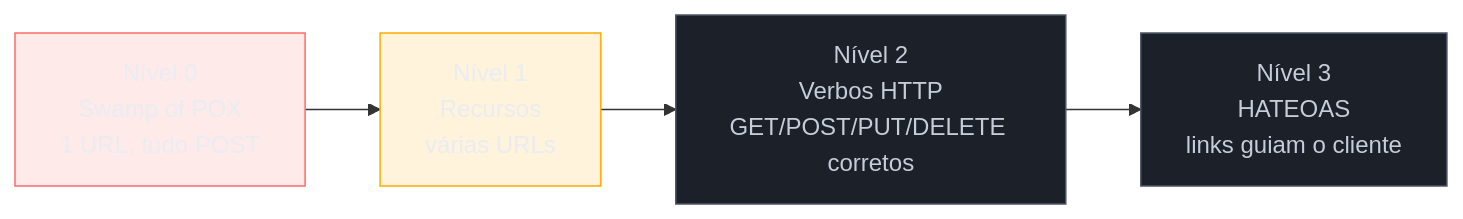
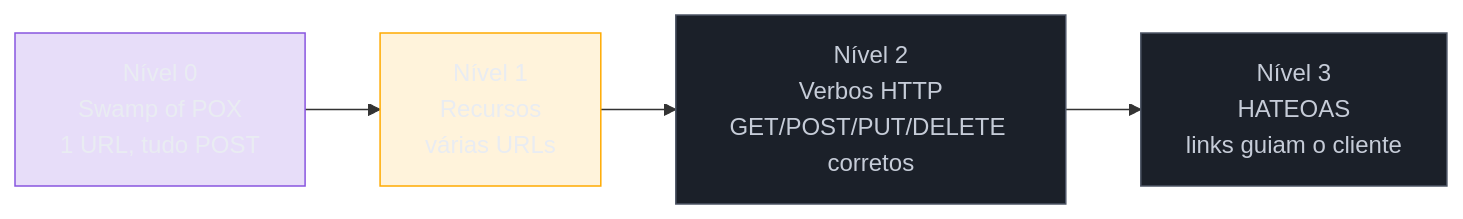
Before and after one commit to josenaldo/codex-technomanticus: the second of 2 diagrams in 03-Dominios/Engenharia/Comunicação entre Sistemas/2 - Comunicação síncrona/01 - REST — modelagem de recursos e maturidade.md, drawn with Mermaid. The commit also changed 601 other files, not shown here.

````diff
--- a/03-Dominios/Engenharia/Comunicação entre Sistemas/2 - Comunicação síncrona/01 - REST — modelagem de recursos e maturidade.md
+++ b/03-Dominios/Engenharia/Comunicação entre Sistemas/2 - Comunicação síncrona/01 - REST — modelagem de recursos e maturidade.md
@@ -168,14 +168,14 @@
 ```mermaid
 graph LR
-    classDef falha fill:#FF6B6B24,stroke:#FF6B6B,color:#E9ECF2
+    classDef marca fill:#8855DF33,stroke:#8855DF,color:#E9ECF2
     classDef destaque fill:#FFAA0024,stroke:#FFAA00,color:#E9ECF2
     classDef neutro fill:#1B2029,stroke:#4E5666,color:#C6CCD8
     L0["Nível 0<br/>Swamp of POX<br/>1 URL, tudo POST"] --> L1["Nível 1<br/>Recursos<br/>várias URLs"]
     L1 --> L2["Nível 2<br/>Verbos HTTP<br/>GET/POST/PUT/DELETE corretos"]
     L2 --> L3["Nível 3<br/>HATEOAS<br/>links guiam o cliente"]
 
-    class L0 falha
+    class L0 marca
     class L1 destaque
     class L2 neutro
     class L3 neutro
 ```
````
